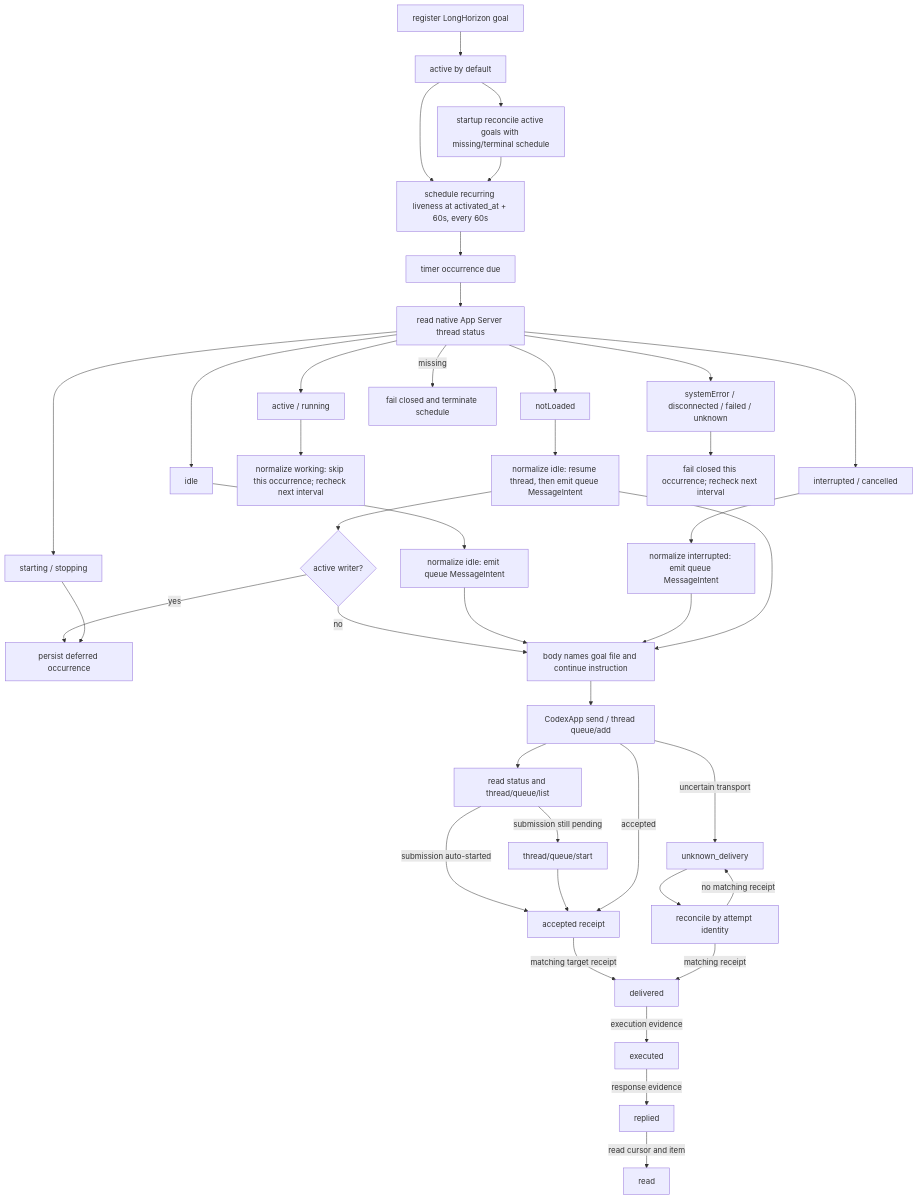
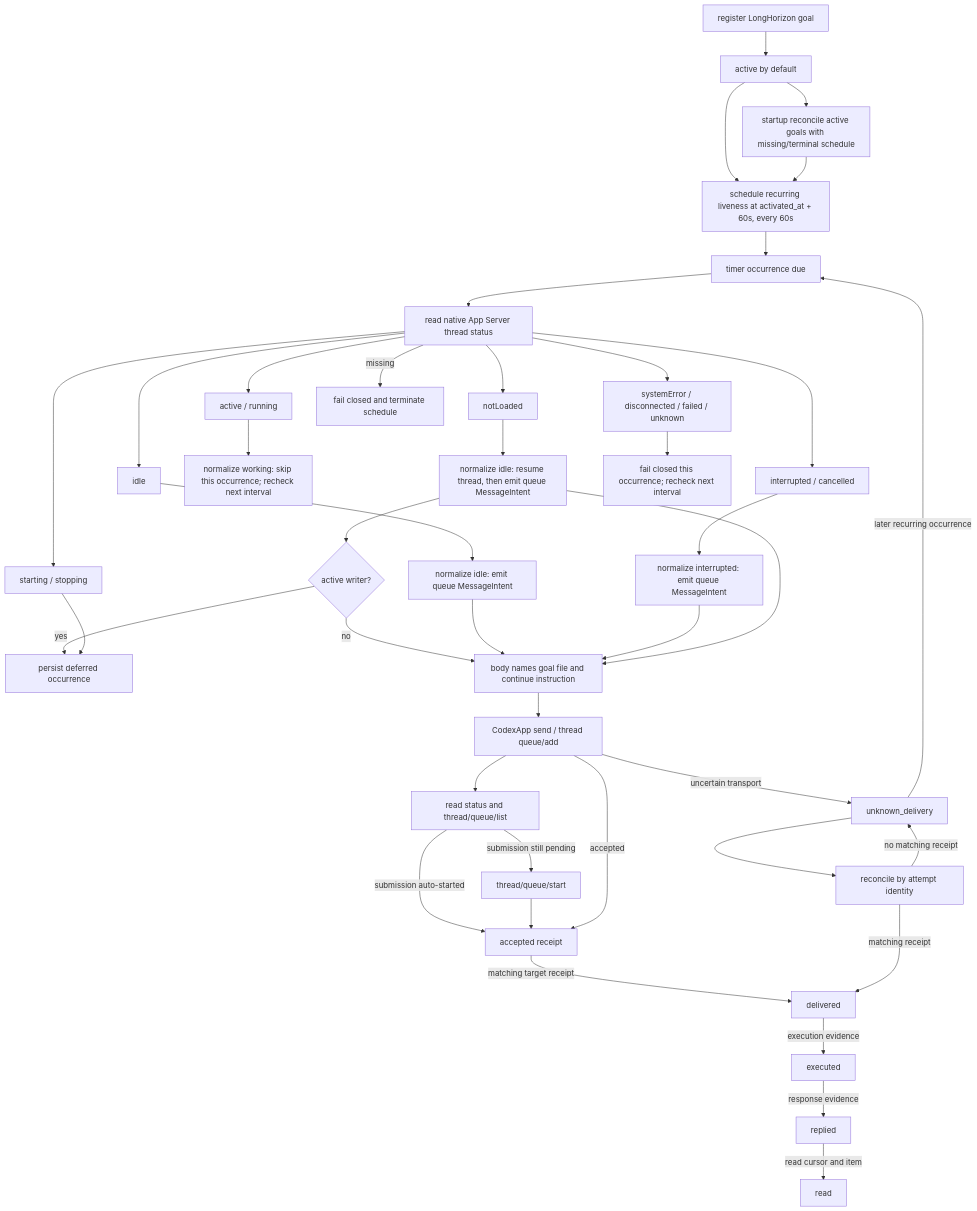
One commit to Jasonzhangf/codex-hooks changed the diagram in docs/design/rccs-notification-dag.md. Above: the diagram before and after it, drawn with Mermaid. The commit also changed other lines of this file and 3 other files, not shown here.

````diff
--- a/docs/design/rccs-notification-dag.md
+++ b/docs/design/rccs-notification-dag.md
@@ -40,42 +40,43 @@
 ```mermaid
 flowchart TD
   A["register LongHorizon goal"] --> B["active by default"]
   B --> C["schedule recurring liveness at activated_at + 60s, every 60s"]
   B --> C2["startup reconcile active goals with missing/terminal schedule"]
   C2 --> C
   C --> D["timer occurrence due"]
   D --> E["read native App Server thread status"]
   E --> E1["active / running"]
   E --> E2["idle"]
   E --> E3["interrupted / cancelled"]
   E --> E4["starting / stopping"]
   E --> E5["systemError / disconnected / failed / unknown"]
   E --> E6["notLoaded"]
   E1 --> F["normalize working: skip this occurrence; recheck next interval"]
   E2 --> G["normalize idle: emit queue MessageIntent"]
   E3 --> G2["normalize interrupted: emit queue MessageIntent"]
   E6 --> G3["normalize idle: resume thread, then emit queue MessageIntent"]
   G3 --> G4{"active writer?"}
   G4 -->|yes| H1
   G4 -->|no| H
   G --> H["body names goal file and continue instruction"]
   G2 --> H
   G3 --> H
   E4 --> H1["persist deferred occurrence"]
   E5 --> I["fail closed this occurrence; recheck next interval"]
   E -->|missing| I2["fail closed and terminate schedule"]
   H --> J["CodexApp send / thread queue/add"]
   J --> J2["read status and thread/queue/list"]
   J2 -->|submission still pending| J3["thread/queue/start"]
   J2 -->|submission auto-started| K
   J3 --> K
   J -->|accepted| K["accepted receipt"]
   K -->|matching target receipt| L["delivered"]
   L -->|execution evidence| M["executed"]
   M -->|response evidence| N["replied"]
   N -->|read cursor and item| O["read"]
   J -->|uncertain transport| P["unknown_delivery"]
   P --> Q["reconcile by attempt identity"]
   Q -->|matching receipt| L
   Q -->|no matching receipt| P
+  P -->|later recurring occurrence| D
 ```
````
